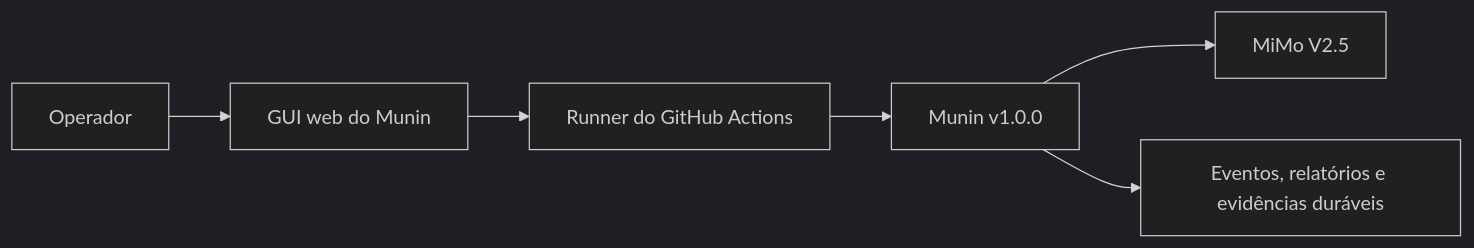
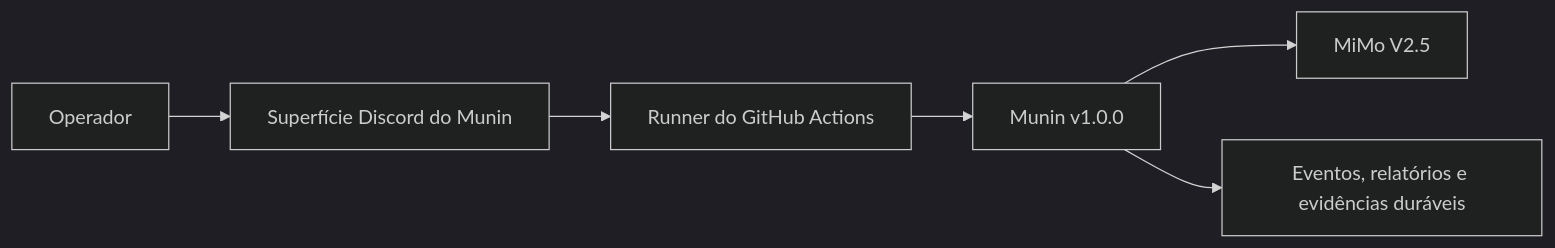
The first of 5 diagrams in README.pt-BR.md (PrinceOfPwn/Munin), drawn with Mermaid (dark theme) before and after one commit. The commit also changed other lines of this file and 13 other files, not shown here.

Commit message:
docs: Discord is the stable v1.0.0 operator surface while Web GUI is under repair

````diff
--- a/README.pt-BR.md
+++ b/README.pt-BR.md
@@ -46,8 +51,8 @@
 ```mermaid
 flowchart LR
-    Operador --> GUI[GUI web do Munin]
-    GUI --> Actions[Runner do GitHub Actions]
+    Operador --> Discord[Superfície Discord do Munin]
+    Discord --> Actions[Runner do GitHub Actions]
     Actions --> Runtime[Munin v1.0.0]
     Runtime --> Modelo[MiMo V2.5]
     Runtime --> Evidencia[Eventos, relatórios e evidências duráveis]
 ```
````
